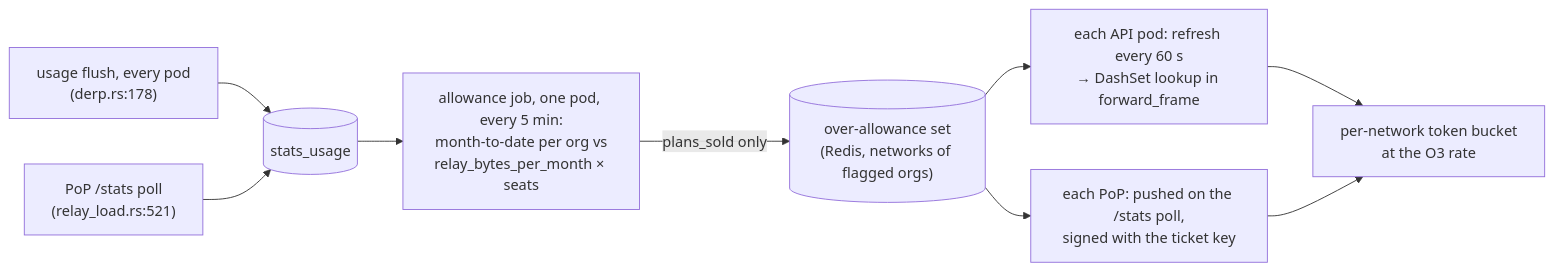
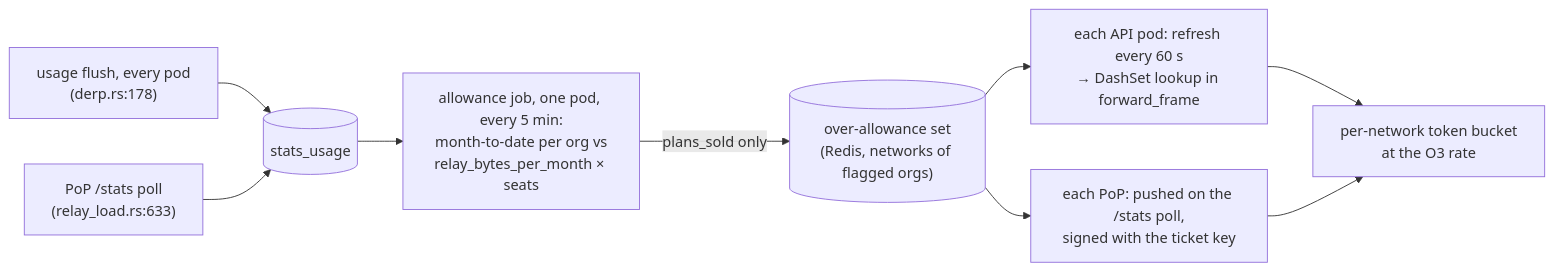
The fourth of 6 diagrams in docs/fr/FR-115-pricing-reshape.md (gjovanov/roomler-ai), drawn with Mermaid before and after one commit. The commit also changed other lines of this file and 8 other files, not shown here.

````diff
--- a/docs/fr/FR-115-pricing-reshape.md
+++ b/docs/fr/FR-115-pricing-reshape.md
@@ -351,10 +351,10 @@
 ```mermaid
 flowchart LR
     FL["usage flush, every pod<br/>(derp.rs:178)"] --> L[("stats_usage")]
-    PP["PoP /stats poll<br/>(relay_load.rs:521)"] --> L
+    PP["PoP /stats poll<br/>(relay_load.rs:633)"] --> L
     L --> J["allowance job, one pod, every 5 min:<br/>month-to-date per org vs<br/>relay_bytes_per_month × seats"]
     J -->|plans_sold only| S[("over-allowance set<br/>(Redis, networks of flagged orgs)")]
     S --> A["each API pod: refresh every 60 s<br/>→ DashSet lookup in forward_frame"]
     S --> P["each PoP: pushed on the /stats poll,<br/>signed with the ticket key"]
     A & P --> TB["per-network token bucket<br/>at the O3 rate"]
 ```
````
